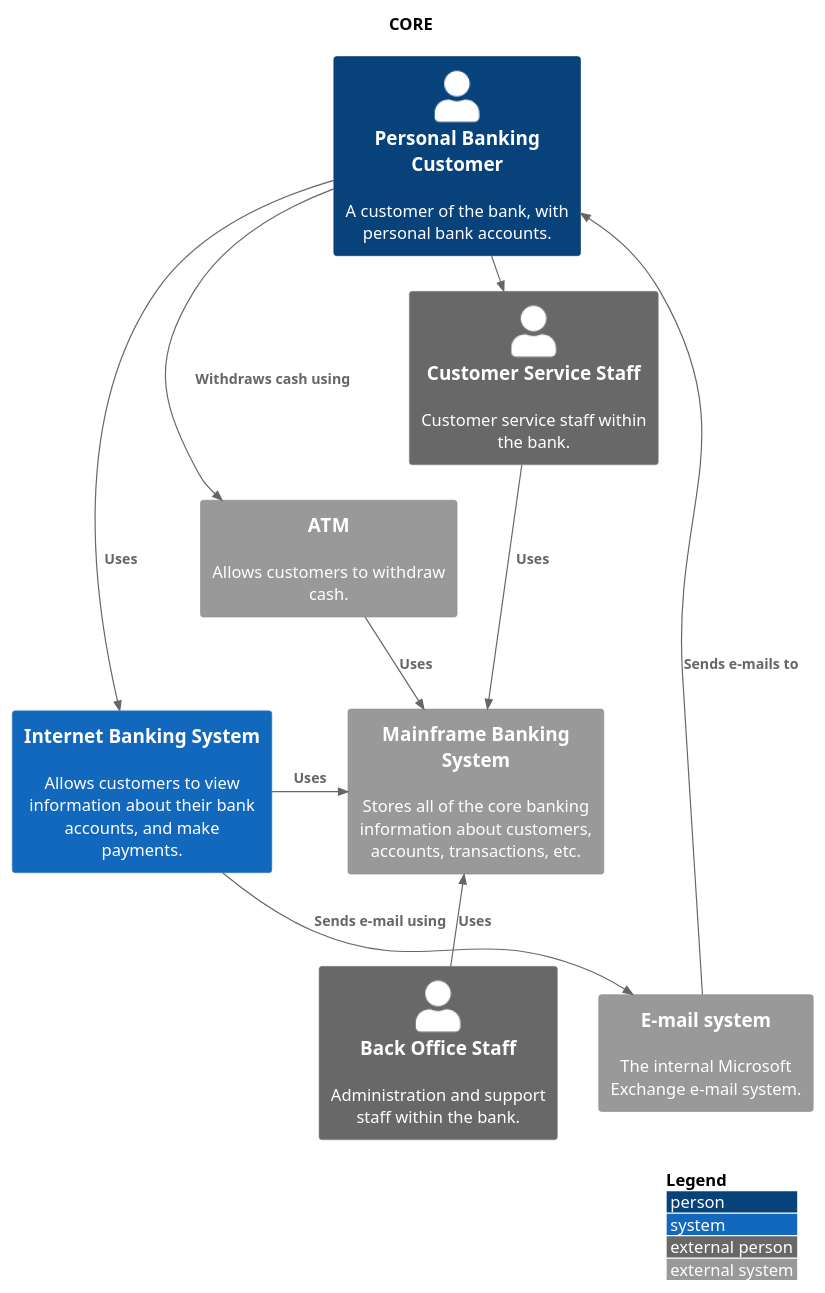
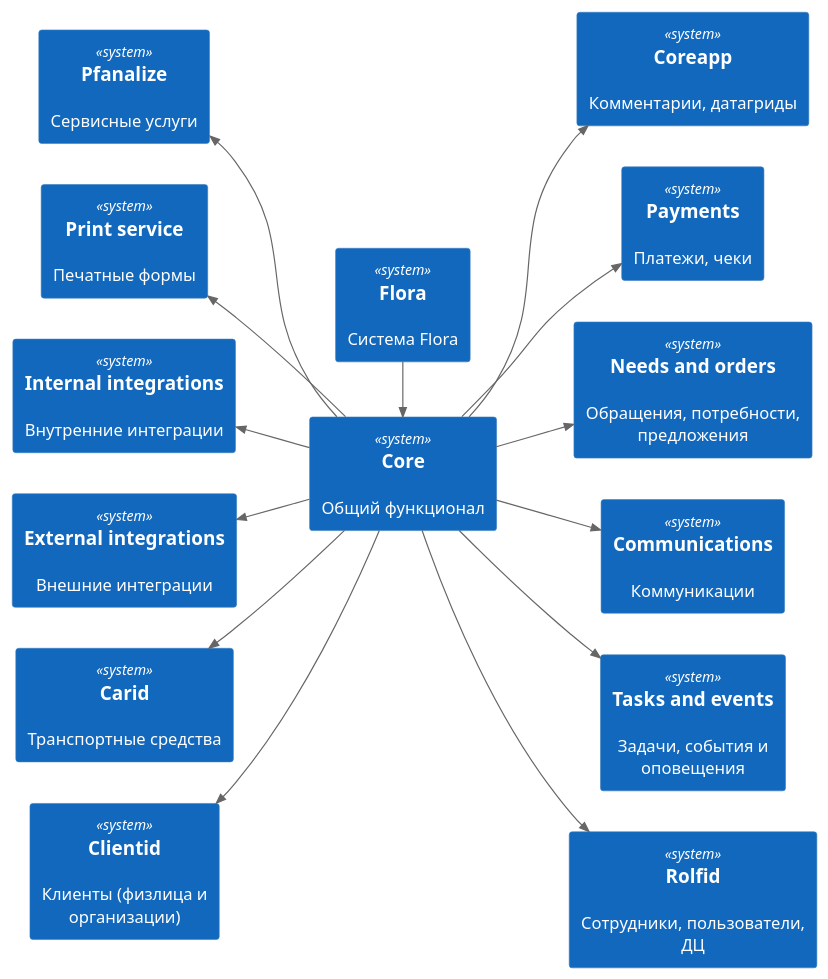
One commit to lulya31/some changed the diagram in static/05_01_img/core.puml. Above: the diagram before and after it, drawn with PlantUML. The commit also changed other lines of this file and 60 other files, not shown here.

```diff
--- a/static/05_01_img/core.puml
+++ b/static/05_01_img/core.puml
@@ -4,50 +4,61 @@
 @startuml
 
 '!include https://raw.githubusercontent.com/plantuml-stdlib/C4-PlantUML/master/C4_Context.puml
 
 ' uncomment the following line and comment the first to use locally
 ' !include C4_Context.puml
 
 !include static/includes/c4_context.puml
+!include static/includes/c4_container.puml
 
-skinparam svgLinkTarget _blank
+left to right direction
+
+'skinparam svgLinkTarget _blank
+skinparam backgroundcolor transparent
+
+<style>
+System {
+    MinimumWidth 300
+    MinimumHeight 150
+}
+</style>
 
 'LAYOUT_TOP_DOWN()
+'LAYOUT_AS_SKETCH()
+'LAYOUT_WITH_LEGEND()
+'LAYOUT_LANDSCAPE()
 
-'LAYOUT_AS_SKETCH()
+System(flora, "Flora", "Система Flora", $link="/05_c4/")
 
-LAYOUT_WITH_LEGEND()
+System(core, "Core", "Общий функционал")
+'Container(mobile_app, "Mobile App", "C#, Xamarin", "Provides a limited subset of the Internet banking functionality to customers via their mobile device")
 
-title CORE
+System(coreapp, "Coreapp", "Комментарии, датагриды", $link="/05_c4/01_core/01_coreapp/")
+System(payments, "Payments", "Платежи, чеки", $link="/05_c4/01_core/02_payments/")
+System(needs_and_orders, "Needs and orders", "Обращения, потребности, предложения", $link="/05_c4/01_core/03_needs_and_orders/")
+System(communications, "Communications", "Коммуникации", $link="/")
+System(tasks_and_events, "Tasks and events", "Задачи, события и оповещения", $link="/")
+System(rolfid, "Rolfid", "Сотрудники, пользователи, ДЦ", $link="/")
+System(clientid, "Clientid", "Клиенты (физлица и организации)", $link="/")
+System(carid, "Carid", "Транспортные средства", $link="/")
+System(external_integrations, "External integrations", "Внешние интеграции", $link="/")
+System(internal_integrations, "Internal integrations", "Внутренние интеграции", $link="/")
+System(printservice, "Print service", "Печатные формы", $link="/")
+System(pfanalize, "Pfanalize", "Сервисные услуги", $link="/")
 
-Person(customer, Personal Banking Customer, "A customer of the bank, with personal bank accounts.", $link="https://github.com/plantuml-stdlib/C4-PlantUML")
+Rel_R(flora, core, "")
 
-'Enterprise_Boundary(c0, "Big Bank plc") {
-    System(banking_system, "Internet Banking System", "Allows customers to view information about their bank accounts, and make payments.")
+Rel_D(core, coreapp, "")
+Rel_D(core, payments, "")
+Rel_D(core, needs_and_orders, "")
+Rel_D(core, communications, "")
+Rel_D(core, tasks_and_events, "")
+Rel_D(core, rolfid, "")
+Rel_U(core, clientid, "")
+Rel_U(core, carid, "")
+Rel_U(core, external_integrations, "")
+Rel_U(core, internal_integrations, "")
+Rel_U(core, printservice, "")
+Rel_U(core, pfanalize, "")
 
-    System_Ext(atm, "ATM", "Allows customers to withdraw cash.")
-    System_Ext(mail_system, "E-mail system", "The internal Microsoft Exchange e-mail system.")
-
-    System_Ext(mainframe, "Mainframe Banking System", "Stores all of the core banking information about customers, accounts, transactions, etc.")
-
-    Person_Ext(customer_service, "Customer Service Staff", "Customer service staff within the bank.")
-    Person_Ext(back_office, "Back Office Staff", "Administration and support staff within the bank.")
-'}
-
-Rel_Neighbor(customer, banking_system, "Uses")
-Rel_R(customer, atm, "Withdraws cash using")
-Rel_Back(customer, mail_system, "Sends e-mails to")
-
-Rel_R(customer, customer_service, "Asks questions to", "Telephone")
-
-Rel_D(banking_system, mail_system, "Sends e-mail using")
-Rel_R(atm, mainframe, "Uses")
-Rel_R(banking_system, mainframe, "Uses")
-Rel_D(customer_service, mainframe, "Uses")
-Rel_U(back_office, mainframe, "Uses")
-
-Lay_D(atm, banking_system)
-
-Lay_D(atm, customer)
-Lay_U(mail_system, customer)
 @enduml
```
